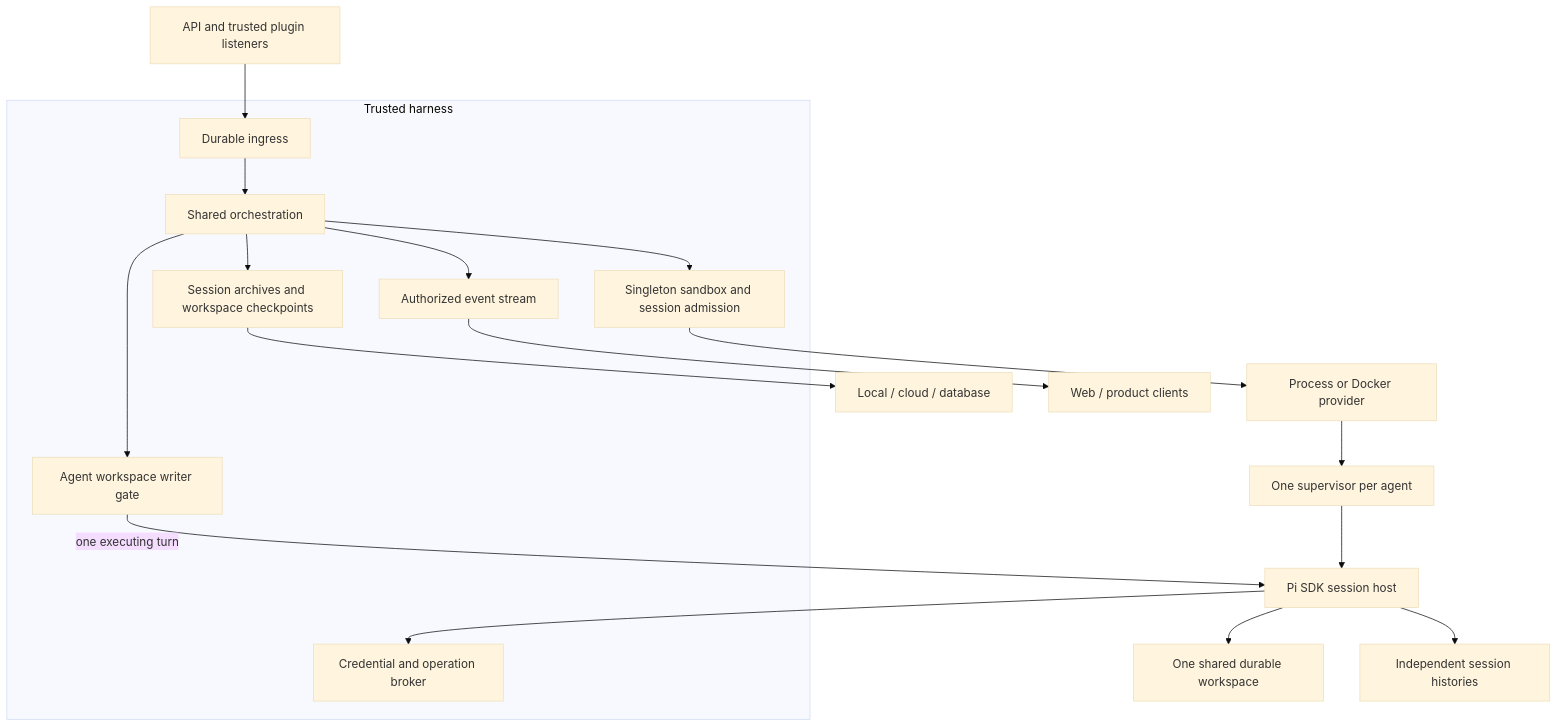
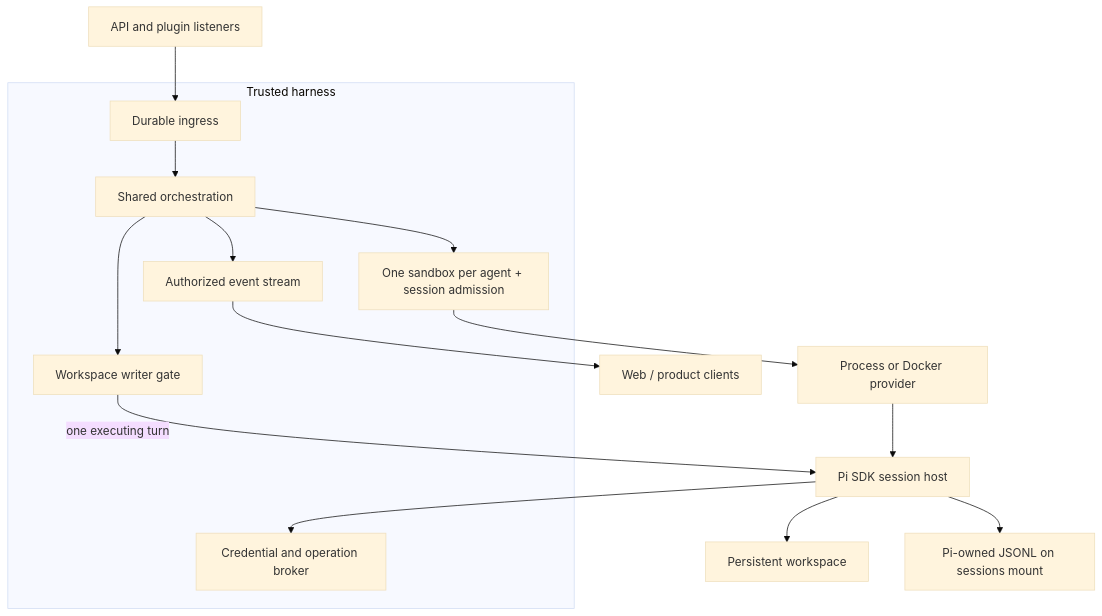
One commit to cognisphere-sh/cognisphere-harness changed the seventh of 7 diagrams in docs/high-level-design.md. Above: the diagram before and after it, drawn with Mermaid (base theme). The commit also changed other lines of this file and 19 other files, not shown here.

First line of the commit message:
Update core implementation roadmap with revised delivery order and agent configuration details

````diff
--- a/docs/high-level-design.md
+++ b/docs/high-level-design.md
@@ -99,22 +196,18 @@
 ```mermaid
 flowchart TB
-    Input[API and trusted plugin listeners] --> Ingress[Durable ingress]
+    Input[API and plugin listeners] --> Ingress[Durable ingress]
     subgraph Control[Trusted harness]
         Ingress --> Runner[Shared orchestration]
-        Runner --> Singleton[Singleton sandbox and session admission]
-        Runner --> Gate[Agent workspace writer gate]
-        Runner --> Persistence[Session archives and workspace checkpoints]
+        Runner --> Singleton[One sandbox per agent + session admission]
+        Runner --> Gate[Workspace writer gate]
         Broker[Credential and operation broker]
-        Events[Authorized event stream]
-        Runner --> Events
+        Runner --> Events[Authorized event stream]
     end
     Singleton --> Provider[Process or Docker provider]
-    Provider --> Supervisor[One supervisor per agent]
-    Supervisor --> Host[Pi SDK session host]
+    Provider --> Host[Pi SDK session host]
     Gate -->|one executing turn| Host
-    Host --> Workspace[One shared durable workspace]
-    Host --> Histories[Independent session histories]
+    Host --> Workspace[Persistent workspace]
+    Host --> Histories[Pi-owned JSONL on sessions mount]
     Host --> Broker
-    Persistence --> Archive[Local / cloud / database]
     Events --> UI[Web / product clients]
 ```
````
